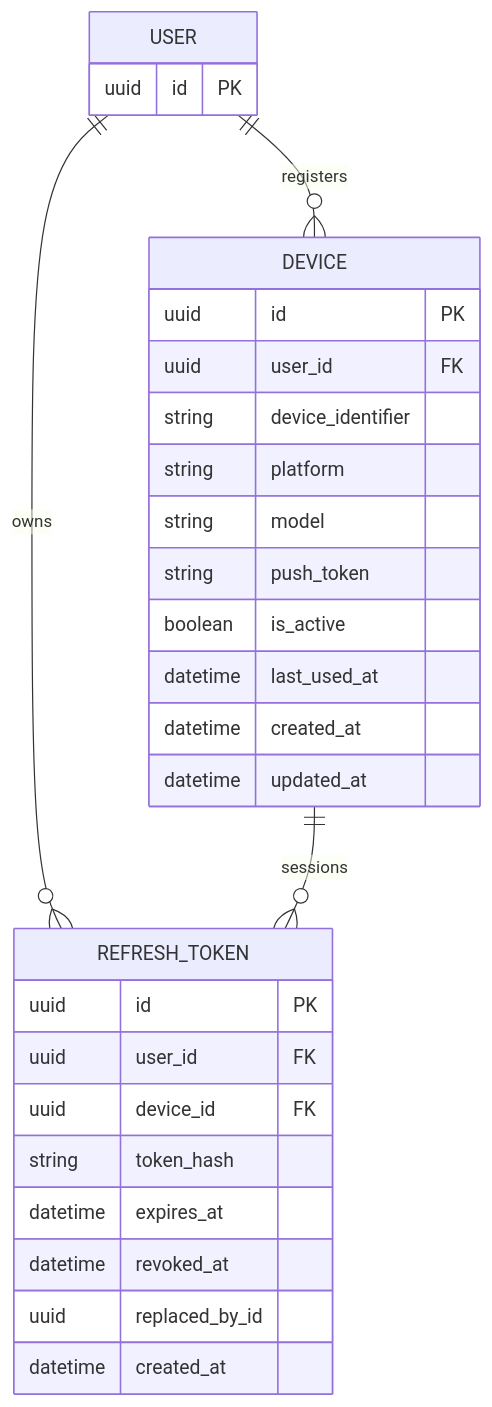
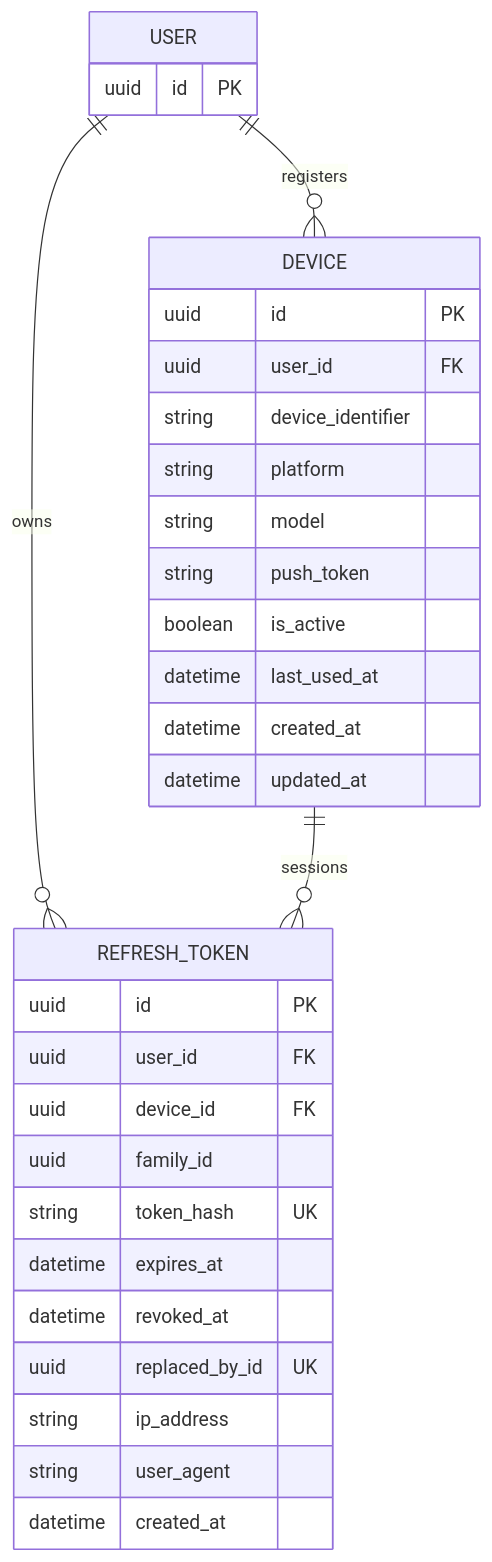
The third of 13 diagrams in docs/03_ERD.md (knectlabs/knect-mobile), drawn with Mermaid before and after one commit. The commit also changed other lines of this file and 7 other files, not shown here.

````diff
--- a/docs/03_ERD.md
+++ b/docs/03_ERD.md
@@ -172,34 +177,37 @@
 ```mermaid
 erDiagram
     USER {
         uuid id PK
     }
 
     REFRESH_TOKEN {
         uuid id PK
         uuid user_id FK
         uuid device_id FK
-        string token_hash
+        uuid family_id
+        string token_hash UK
         datetime expires_at
         datetime revoked_at
-        uuid replaced_by_id
+        uuid replaced_by_id UK
+        string ip_address
+        string user_agent
         datetime created_at
     }
 
     DEVICE {
         uuid id PK
         uuid user_id FK
         string device_identifier
         string platform
         string model
         string push_token
         boolean is_active
         datetime last_used_at
         datetime created_at
         datetime updated_at
     }
 
     USER ||--o{ REFRESH_TOKEN : owns
     USER ||--o{ DEVICE : registers
     DEVICE ||--o{ REFRESH_TOKEN : sessions
 ```
````
